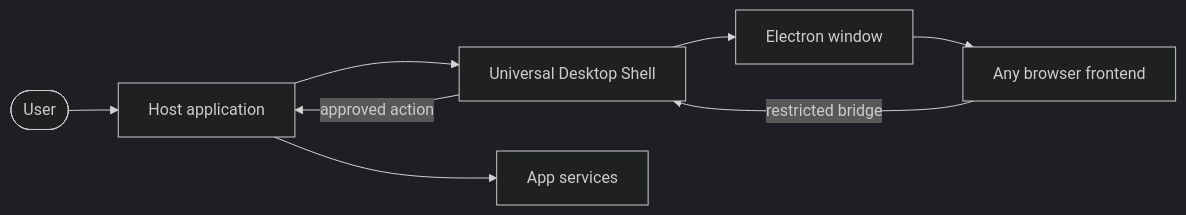
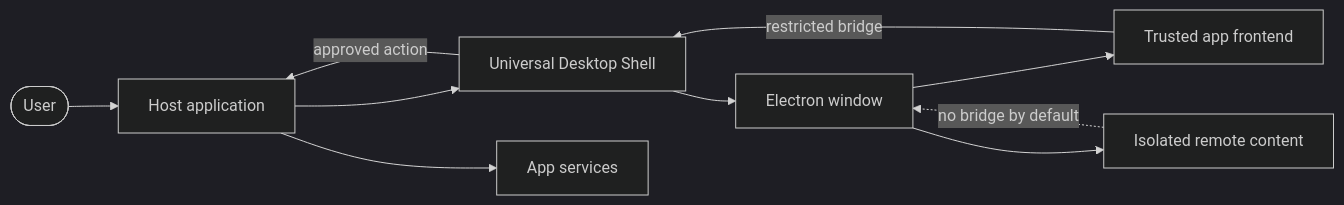
Before and after one commit to SidheshwarSarangal/universal-desktop-shell: the first of 3 diagrams in README.md, drawn with Mermaid (dark theme). The commit also changed other lines of this file and 5 other files, not shown here.

````diff
--- a/README.md
+++ b/README.md
@@ -9,10 +9,12 @@
 ```mermaid
 flowchart LR
     User([User]) --> Host[Host application]
     Host --> Shell[Universal Desktop Shell]
     Shell --> Window[Electron window]
-    Window --> UI[Any browser frontend]
+    Window --> UI[Trusted app frontend]
+    Window --> Remote[Isolated remote content]
     UI -->|restricted bridge| Shell
+    Remote -.no bridge by default.-> Window
     Shell -->|approved action| Host
     Host --> Services[App services]
 ```
````
